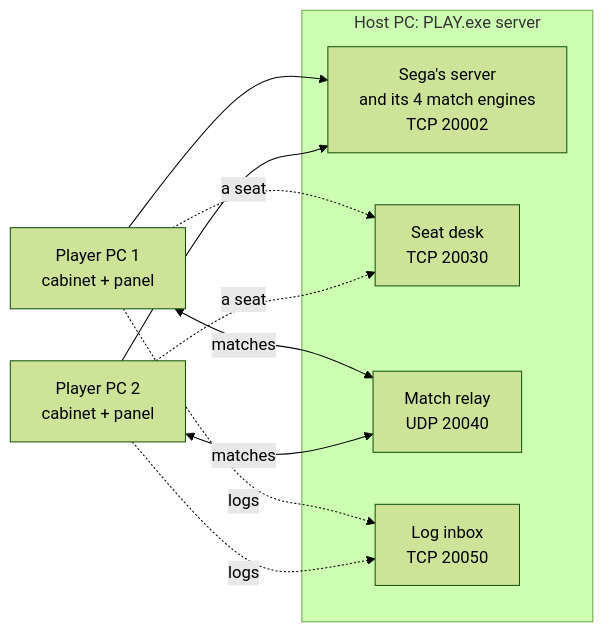
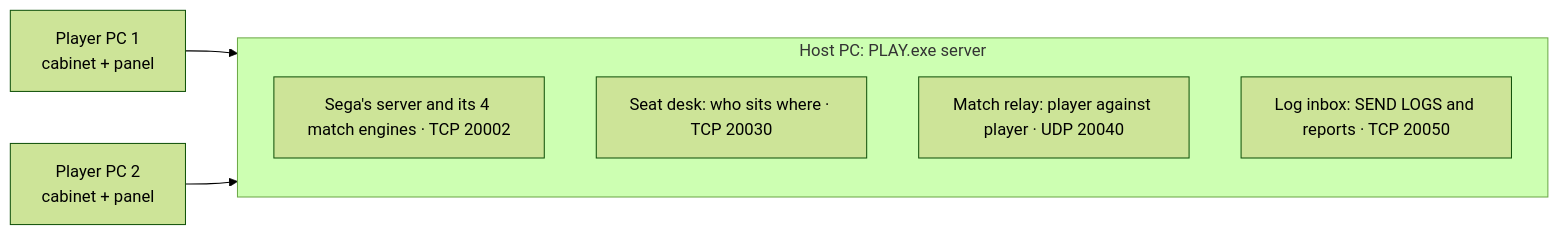
One commit to Forza-WCCF/WCCF-Kit-1011 changed the diagram in .github/README.md. Above: the diagram before and after it, drawn with Mermaid (forest theme).

Commit message:
GitHub front page: the online diagram, one arrow per player PC
Four host parts and eight crossing lines read as a tangle; each player PC now has one arrow to the host, which lists its four parts and ports.

````diff
--- a/.github/README.md
+++ b/.github/README.md
@@ -67,17 +67,12 @@
 ```mermaid
 flowchart LR
+  p1["Player PC 1<br/>cabinet + panel"] --> host
+  p2["Player PC 2<br/>cabinet + panel"] --> host
   subgraph host["Host PC: PLAY.exe server"]
-    control["Sega's server<br/>and its 4 match engines<br/>TCP 20002"]
-    desk["Seat desk<br/>TCP 20030"]
-    relay["Match relay<br/>UDP 20040"]
-    inbox["Log inbox<br/>TCP 20050"]
+    direction TB
+    control["Sega's server and its 4 match engines · TCP 20002"]
+    desk["Seat desk: who sits where · TCP 20030"]
+    relay["Match relay: player against player · UDP 20040"]
+    inbox["Log inbox: SEND LOGS and reports · TCP 20050"]
   end
-  p1["Player PC 1<br/>cabinet + panel"] --> control
-  p2["Player PC 2<br/>cabinet + panel"] --> control
-  p1 -. "a seat" .-> desk
-  p2 -. "a seat" .-> desk
-  p1 <-- "matches" --> relay
-  p2 <-- "matches" --> relay
-  p1 -. "logs" .-> inbox
-  p2 -. "logs" .-> inbox
 ```
````
